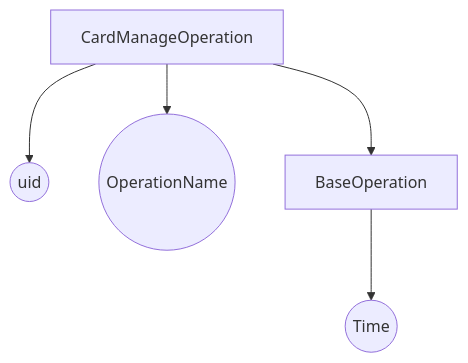
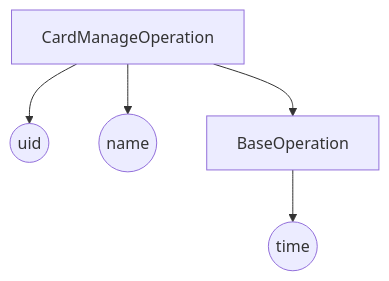
The fourth of 6 diagrams in README.md (xhzq233/CampusCardBackEnd), drawn with Mermaid before and after one commit. The commit also changed other lines of this file, not shown here.

````diff
--- a/README.md
+++ b/README.md
@@ -120,13 +120,13 @@
 ```mermaid
 graph TB
 
-T((Time))
+T((time))
 uid((uid))
-ON((OperationName))
+ON((name))
 
 CardManageOperation-->BaseOperation
 BaseOperation-->T
 CardManageOperation-->uid
 CardManageOperation-->ON
 
 ```
````
